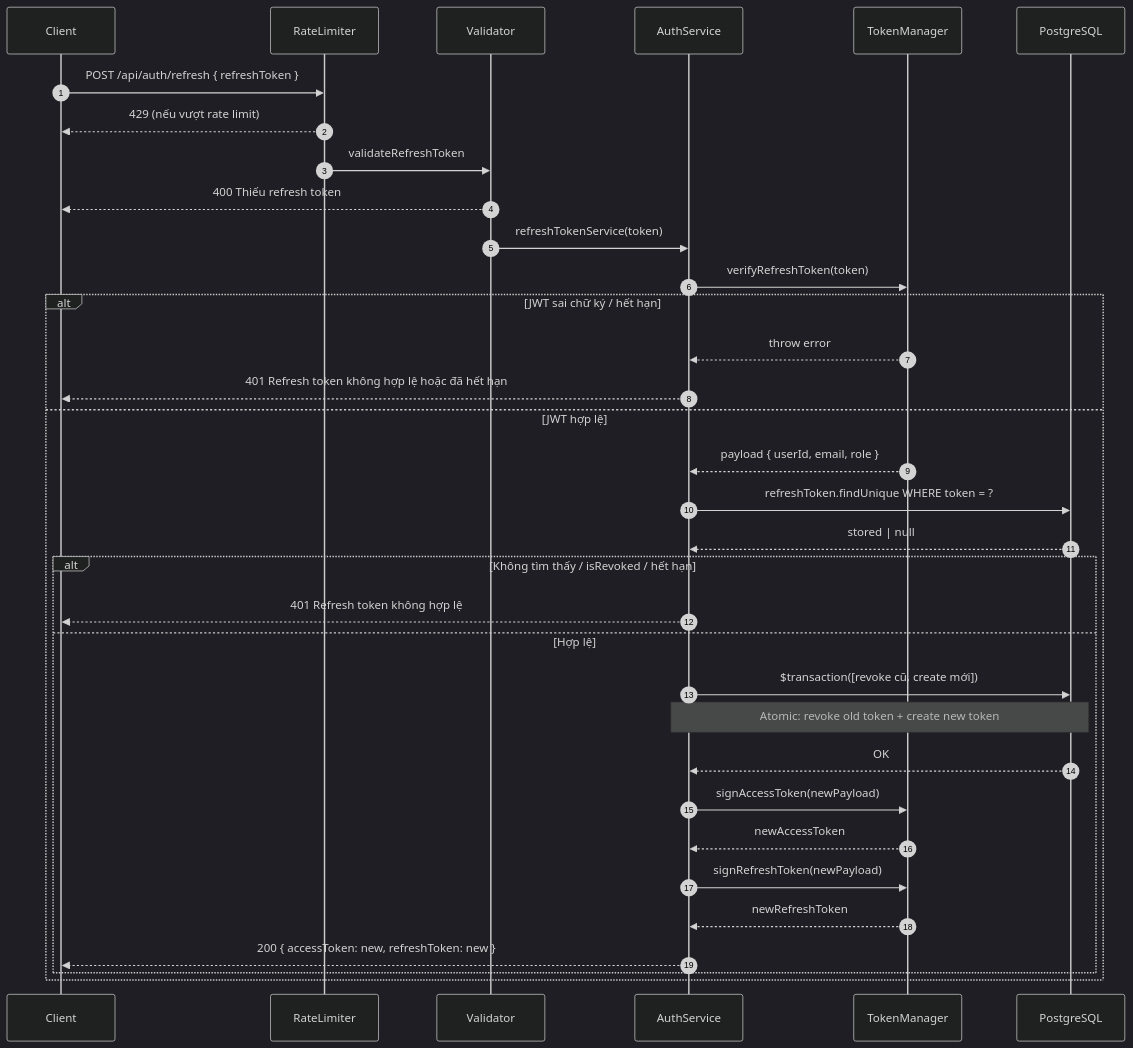
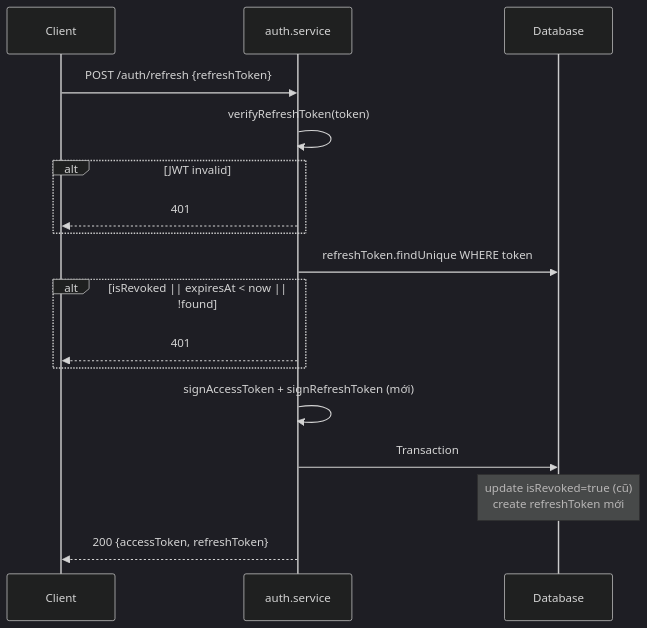
Before and after one commit to phamvinh203/mobivexa: the third of 7 diagrams in docs/Auth/SequenceDiagram.md, drawn with Mermaid (dark theme). The commit also changed other lines of this file and 79 other files, not shown here.

Commit message:
📜 Add documentation for Inventory and Favorite modules including Use Cases, API Specifications, and Activity Diagrams

````diff
--- a/docs/Auth/SequenceDiagram.md
+++ b/docs/Auth/SequenceDiagram.md
@@ -86,37 +66,20 @@
 ```mermaid
 sequenceDiagram
-    autonumber
     participant C as Client
-    participant RL as RateLimiter
-    participant V as Validator
-    participant S as AuthService
-    participant JWT as TokenManager
-    participant DB as PostgreSQL
+    participant S as auth.service
+    participant DB as Database
 
-    C->>RL: POST /api/auth/refresh { refreshToken }
-    RL-->>C: 429 (nếu vượt rate limit)
-    RL->>V: validateRefreshToken
-    V-->>C: 400 Thiếu refresh token
-    V->>S: refreshTokenService(token)
-    S->>JWT: verifyRefreshToken(token)
-    alt JWT sai chữ ký / hết hạn
-        JWT-->>S: throw error
-        S-->>C: 401 Refresh token không hợp lệ hoặc đã hết hạn
-    else JWT hợp lệ
-        JWT-->>S: payload { userId, email, role }
-        S->>DB: refreshToken.findUnique WHERE token = ?
-        DB-->>S: stored | null
-        alt Không tìm thấy / isRevoked / hết hạn
-            S-->>C: 401 Refresh token không hợp lệ
-        else Hợp lệ
-            S->>DB: $transaction([revoke cũ, create mới])
-            Note over S,DB: Atomic: revoke old token + create new token
-            DB-->>S: OK
-            S->>JWT: signAccessToken(newPayload)
-            JWT-->>S: newAccessToken
-            S->>JWT: signRefreshToken(newPayload)
-            JWT-->>S: newRefreshToken
-            S-->>C: 200 { accessToken: new, refreshToken: new }
-        end
+    C->>S: POST /auth/refresh {refreshToken}
+    S->>S: verifyRefreshToken(token)
+    alt JWT invalid
+        S-->>C: 401
     end
+    S->>DB: refreshToken.findUnique WHERE token
+    alt isRevoked || expiresAt < now || !found
+        S-->>C: 401
+    end
+    S->>S: signAccessToken + signRefreshToken (mới)
+    S->>DB: Transaction
+    Note over DB: update isRevoked=true (cũ)<br/>create refreshToken mới
+    S-->>C: 200 {accessToken, refreshToken}
 ```
````
